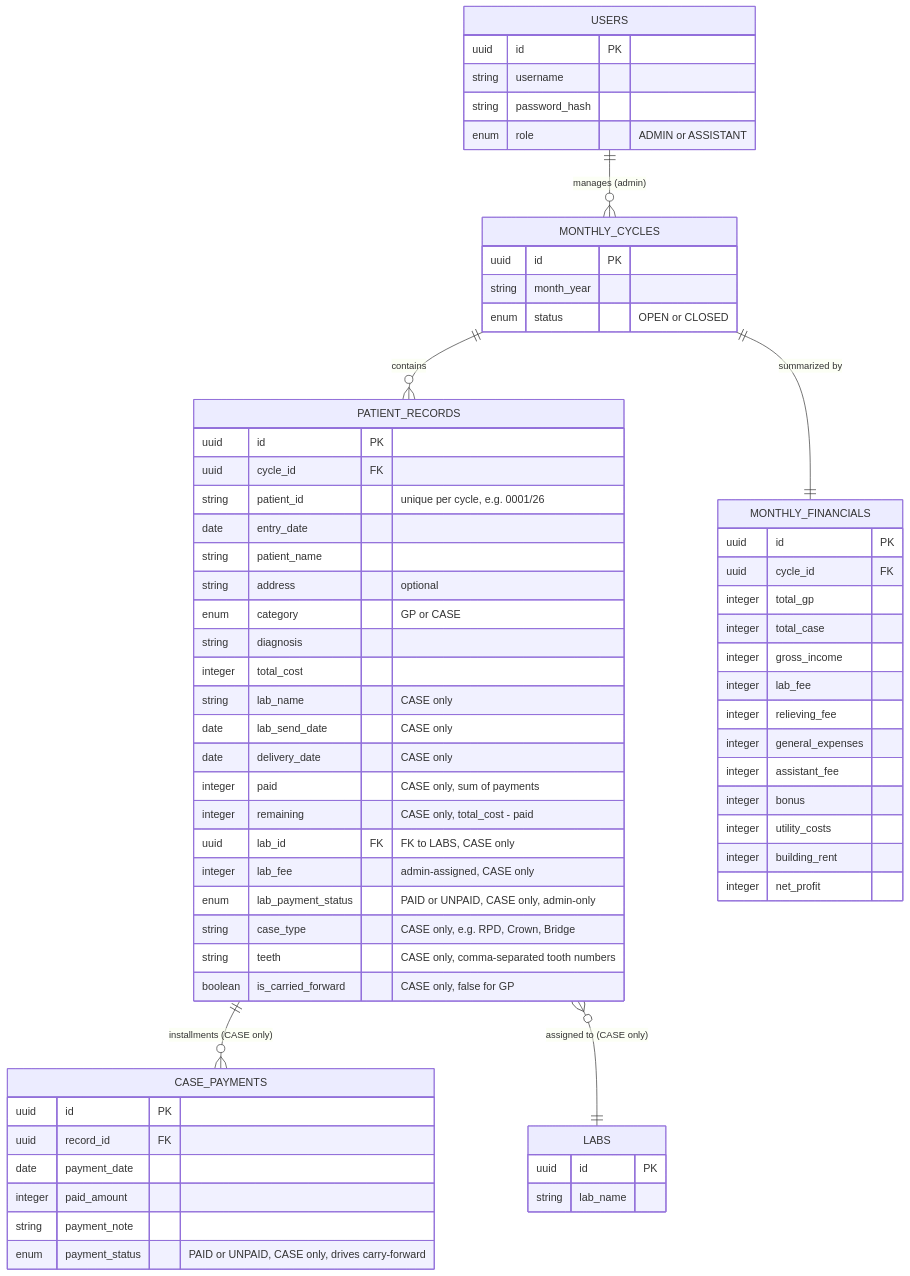
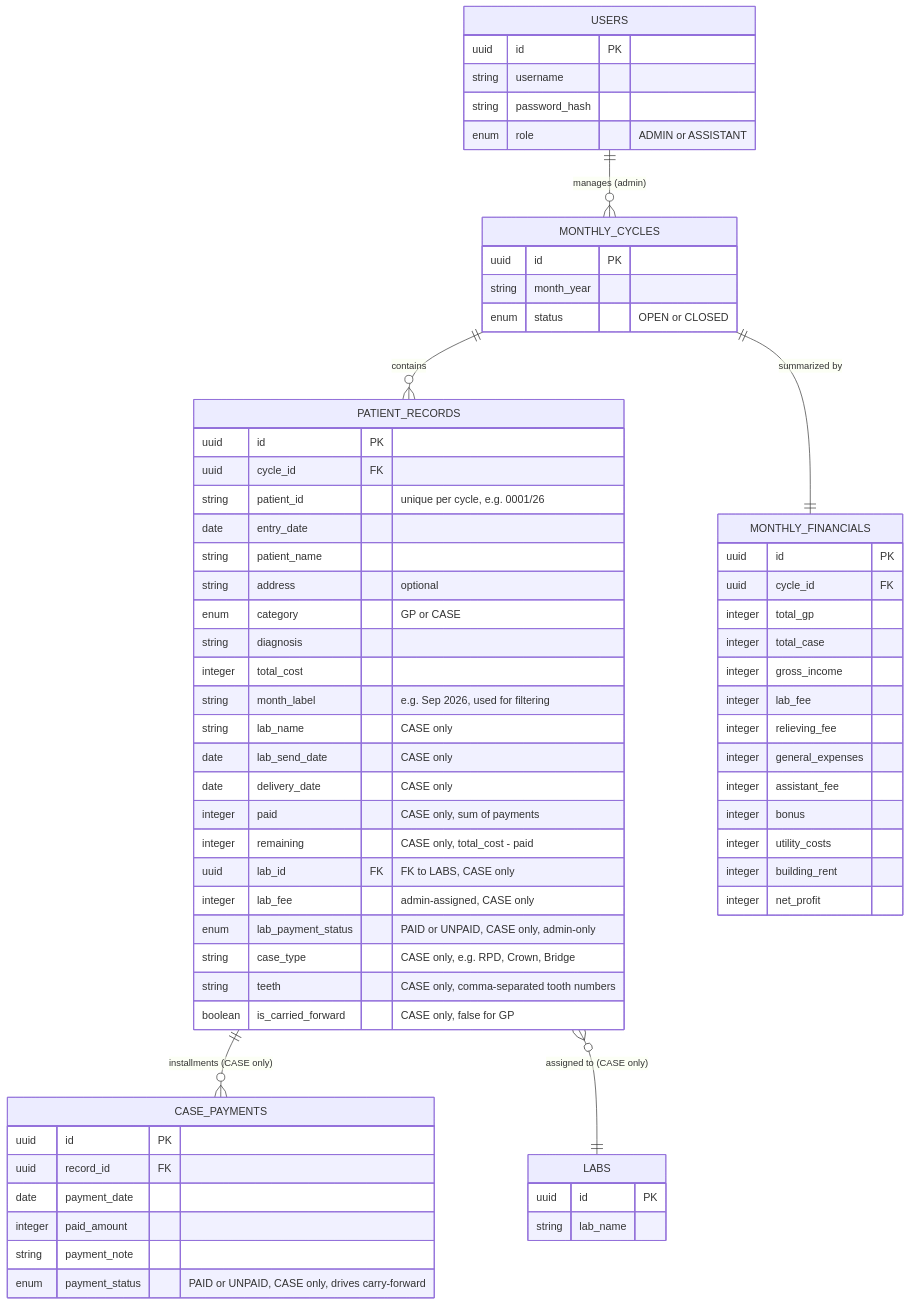
Before and after one commit to kaungmyatshwe1397/df-dashboard: the diagram in docs/dc-fms-erd.mmd, drawn with Mermaid. The commit also changed 10 other files, not shown here.

First line of the commit message:
feat: simplify closeout to lock/carry-forward/delete, add month_label filter

```diff
--- a/docs/dc-fms-erd.mmd
+++ b/docs/dc-fms-erd.mmd
@@ -1,80 +1,81 @@
 erDiagram
     USERS ||--o{ MONTHLY_CYCLES : "manages (admin)"
     MONTHLY_CYCLES ||--o{ PATIENT_RECORDS : "contains"
     PATIENT_RECORDS ||--o{ CASE_PAYMENTS : "installments (CASE only)"
     PATIENT_RECORDS }o--|| LABS : "assigned to (CASE only)"
     MONTHLY_CYCLES ||--|| MONTHLY_FINANCIALS : "summarized by"
 
     USERS {
         uuid id PK
         string username
         string password_hash
         enum role "ADMIN or ASSISTANT"
     }
 
     MONTHLY_CYCLES {
         uuid id PK
         string month_year
         enum status "OPEN or CLOSED"
     }
 
     LABS {
         uuid id PK
         string lab_name
     }
 
     PATIENT_RECORDS {
         uuid id PK
         uuid cycle_id FK
         string patient_id "unique per cycle, e.g. 0001/26"
         date entry_date
         string patient_name
         string address "optional"
         enum category "GP or CASE"
         string diagnosis
         integer total_cost
+        string month_label "e.g. Sep 2026, used for filtering"
         string lab_name "CASE only"
         date lab_send_date "CASE only"
         date delivery_date "CASE only"
         integer paid "CASE only, sum of payments"
         integer remaining "CASE only, total_cost - paid"
         uuid lab_id FK "FK to LABS, CASE only"
         integer lab_fee "admin-assigned, CASE only"
         enum lab_payment_status "PAID or UNPAID, CASE only, admin-only"
         string case_type "CASE only, e.g. RPD, Crown, Bridge"
         string teeth "CASE only, comma-separated tooth numbers"
         boolean is_carried_forward "CASE only, false for GP"
     }
 
     CASE_PAYMENTS {
         uuid id PK
         uuid record_id FK
         date payment_date
         integer paid_amount
         string payment_note
         enum payment_status "PAID or UNPAID, CASE only, drives carry-forward"
     }
 
     MONTHLY_FINANCIALS {
         uuid id PK
         uuid cycle_id FK
         integer total_gp
         integer total_case
         integer gross_income
         integer lab_fee
         integer relieving_fee
         integer general_expenses
         integer assistant_fee
         integer bonus
         integer utility_costs
         integer building_rent
         integer net_profit
     }
 
     %% UI Display Note:
     %% Record table is split into two tabbed views:
     %%   Tab 1: GP Records (entry_date, patient_name, diagnosis, total_cost)
     %%   Tab 2: Case Records (entry_date, patient_name, diagnosis, lab, total_cost, balance, status, carried-forward)
     %% GP has no installments, no balance, no status column.
     %% Case tracks installments via CASE_PAYMENTS, shows balance and status.
     %% Lab Reconciliation groups case records by lab with a filter selector.
```
